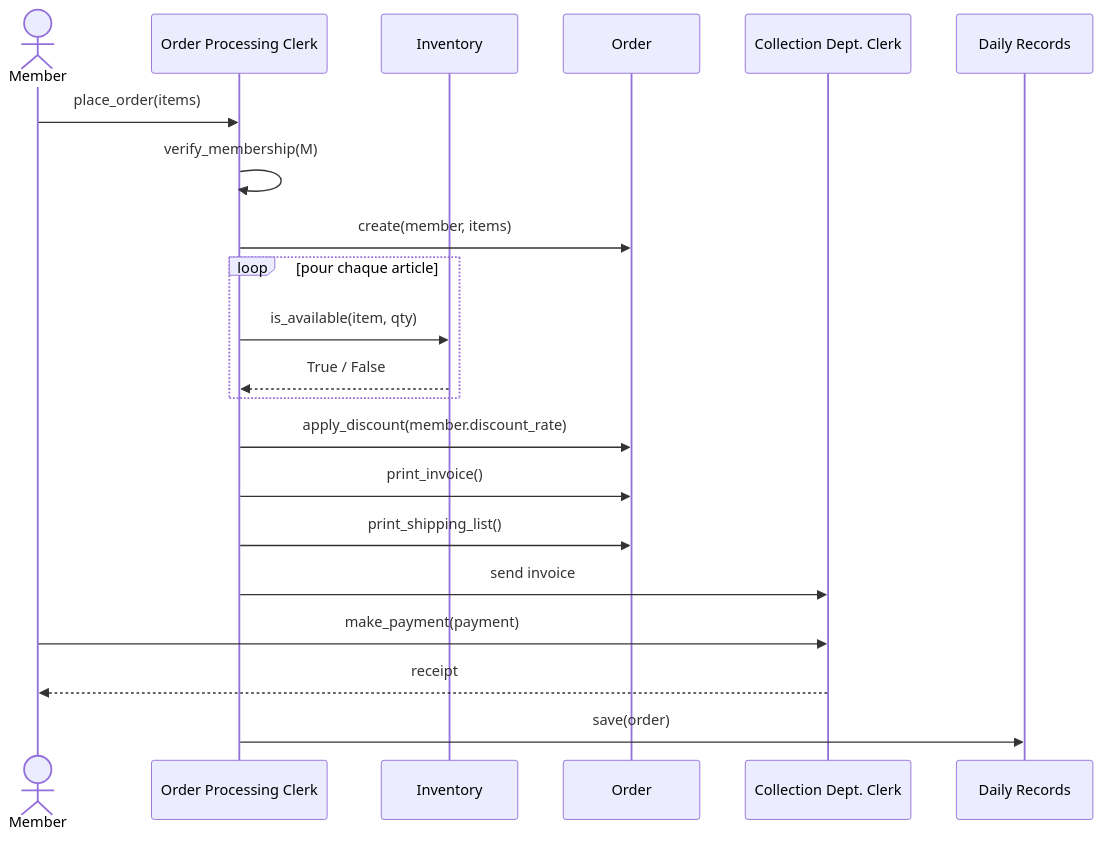
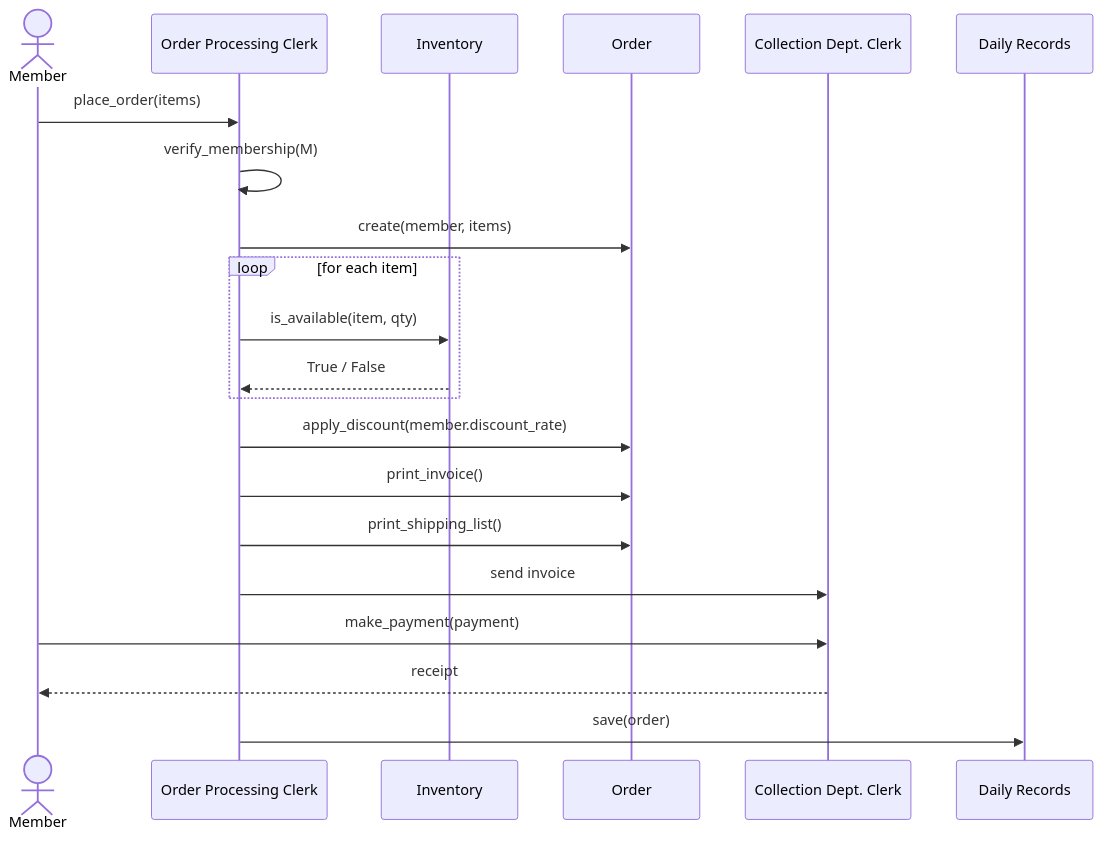
One commit to OthmanChennaoui/oop-aidams-2a-exercices changed the sixth of 9 diagrams in 04_uml/abcd_records_uml.md. Above: the diagram before and after it, drawn with Mermaid. The commit also changed other lines of this file and 32 other files, not shown here.

````diff
--- a/04_uml/abcd_records_uml.md
+++ b/04_uml/abcd_records_uml.md
@@ -262,24 +261,24 @@
 ```mermaid
 sequenceDiagram
     actor M as Member
     participant OPC as Order Processing Clerk
     participant INV as Inventory
     participant O as Order
     participant CDC as Collection Dept. Clerk
     participant DR as Daily Records
 
     M->>OPC: place_order(items)
     OPC->>OPC: verify_membership(M)
     OPC->>O: create(member, items)
-    loop pour chaque article
+    loop for each item
         OPC->>INV: is_available(item, qty)
         INV-->>OPC: True / False
     end
     OPC->>O: apply_discount(member.discount_rate)
     OPC->>O: print_invoice()
     OPC->>O: print_shipping_list()
     OPC->>CDC: send invoice
     M->>CDC: make_payment(payment)
     CDC-->>M: receipt
     OPC->>DR: save(order)
 ```
````
